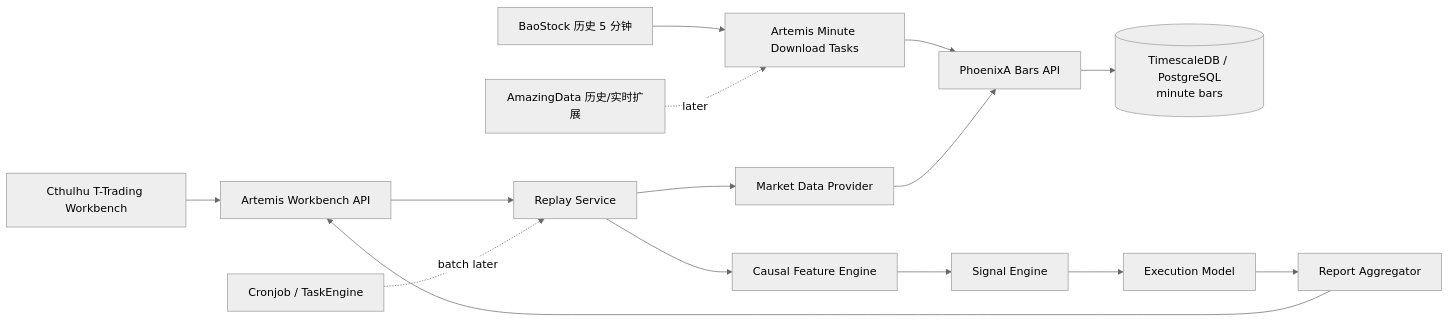
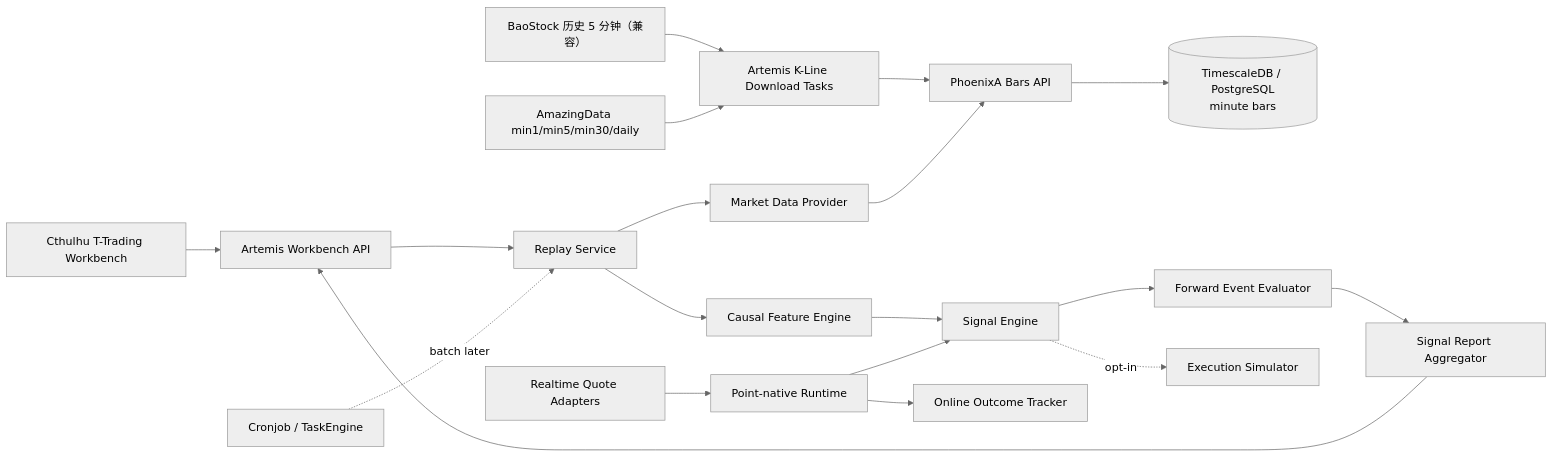
The first of 4 diagrams in app/projects/artemis/docs/2026-07-30_T_TRADING_WORKBENCH_DESIGN/02_ARCHITECTURE_AND_MODULES.md (grand-thief-cash/chaos), drawn with Mermaid (neutral theme) before and after one commit. The commit also changed other lines of this file and 38 other files, not shown here.

````diff
--- a/app/projects/artemis/docs/2026-07-30_T_TRADING_WORKBENCH_DESIGN/02_ARCHITECTURE_AND_MODULES.md
+++ b/app/projects/artemis/docs/2026-07-30_T_TRADING_WORKBENCH_DESIGN/02_ARCHITECTURE_AND_MODULES.md
@@ -5,19 +5,24 @@
 ```mermaid
 flowchart LR
-    BS["BaoStock 历史 5 分钟"] --> DL["Artemis Minute Download Tasks"]
-    AD["AmazingData 历史/实时扩展"] -. later .-> DL
+    BS["BaoStock 历史 5 分钟（兼容）"] --> DL["Artemis K-Line Download Tasks"]
+    AD["AmazingData min1/min5/min30/daily"] --> DL
     DL --> PAAPI["PhoenixA Bars API"]
     PAAPI --> PG[("TimescaleDB / PostgreSQL\nminute bars")]
 
     UI["Cthulhu T-Trading Workbench"] --> WB["Artemis Workbench API"]
     WB --> REPLAY["Replay Service"]
     REPLAY --> PROVIDER["Market Data Provider"]
     PROVIDER --> PAAPI
     REPLAY --> FEATURE["Causal Feature Engine"]
     FEATURE --> SIGNAL["Signal Engine"]
-    SIGNAL --> EXEC["Execution Model"]
-    EXEC --> REPORT["Report Aggregator"]
+    SIGNAL --> EVAL["Forward Event Evaluator"]
+    EVAL --> REPORT["Signal Report Aggregator"]
+    SIGNAL -. opt-in .-> EXEC["Execution Simulator"]
     REPORT --> WB
+
+    RT["Realtime Quote Adapters"] --> POINT["Point-native Runtime"]
+    POINT --> SIGNAL
+    POINT --> OEVAL["Online Outcome Tracker"]
 
     CRON["Cronjob / TaskEngine"] -. batch later .-> REPLAY
 ```
````
